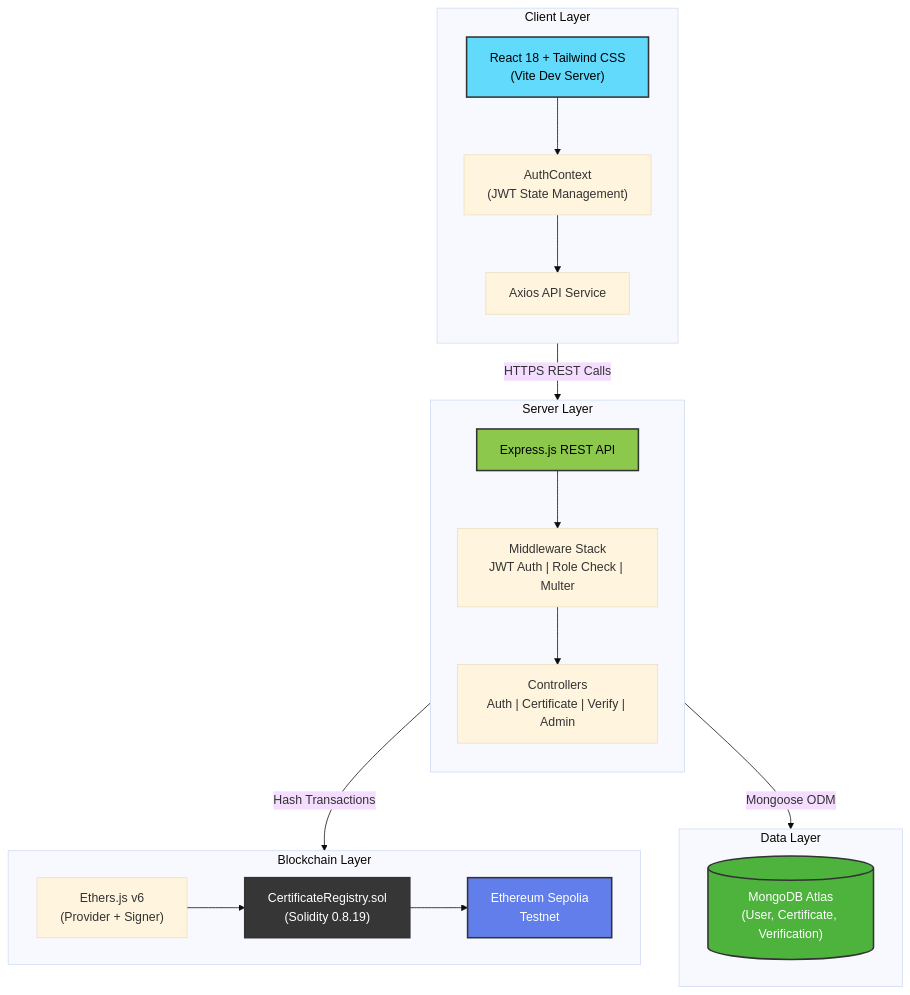
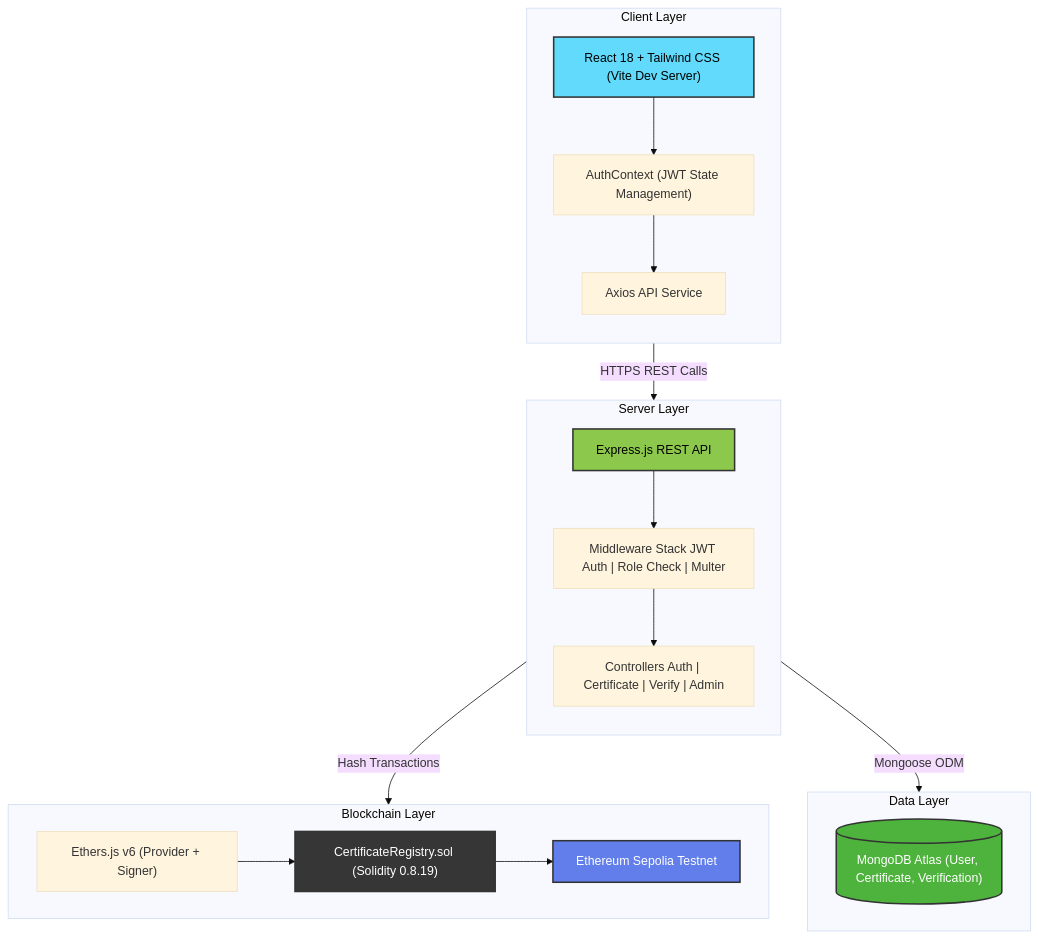
One commit to kaustav3071/Blockchain-Based-Secure-Certificate changed the first of 2 diagrams in README.md. Above: the diagram before and after it, drawn with Mermaid (base theme). The commit also changed other lines of this file, not shown here.

````diff
--- a/README.md
+++ b/README.md
@@ -71,41 +83,41 @@
 ```mermaid
 graph TB
     subgraph Client ["Client Layer"]
         direction TB
-        UI["React 18 + Tailwind CSS<br/>(Vite Dev Server)"]
-        CTX["AuthContext<br/>(JWT State Management)"]
+        UI["React 18 + Tailwind CSS (Vite Dev Server)"]
+        CTX["AuthContext (JWT State Management)"]
         API_SVC["Axios API Service"]
         UI --> CTX --> API_SVC
     end
-
+    
     subgraph Server ["Server Layer"]
         direction TB
         EXPRESS["Express.js REST API"]
-        MW["Middleware Stack<br/>JWT Auth | Role Check | Multer"]
-        CTRL["Controllers<br/>Auth | Certificate | Verify | Admin"]
+        MW["Middleware Stack JWT Auth | Role Check | Multer"]
+        CTRL["Controllers Auth | Certificate | Verify | Admin"]
         EXPRESS --> MW --> CTRL
     end
-
+    
     subgraph Data ["Data Layer"]
         direction LR
-        MONGO[("MongoDB Atlas<br/>(User, Certificate, Verification)")]
+        MONGO[("MongoDB Atlas (User, Certificate, Verification)")]
     end
-
+    
     subgraph Blockchain ["Blockchain Layer"]
         direction LR
-        ETHERS["Ethers.js v6<br/>(Provider + Signer)"]
-        CONTRACT["CertificateRegistry.sol<br/>(Solidity 0.8.19)"]
-        SEPOLIA["Ethereum Sepolia<br/>Testnet"]
+        ETHERS["Ethers.js v6 (Provider + Signer)"]
+        CONTRACT["CertificateRegistry.sol (Solidity 0.8.19)"]
+        SEPOLIA["Ethereum Sepolia Testnet"]
         ETHERS --> CONTRACT --> SEPOLIA
     end
-
+    
     API_SVC -- "HTTPS REST Calls" --> EXPRESS
     CTRL -- "Mongoose ODM" --> MONGO
     CTRL -- "Hash Transactions" --> ETHERS
-
+    
     style UI fill:#61DAFB,stroke:#333,stroke-width:2px,color:#000
     style EXPRESS fill:#8CC84B,stroke:#333,stroke-width:2px,color:#000
     style MONGO fill:#4DB33D,stroke:#333,stroke-width:2px,color:#fff
     style CONTRACT fill:#363636,stroke:#333,stroke-width:2px,color:#fff
     style SEPOLIA fill:#627EEA,stroke:#333,stroke-width:2px,color:#fff
 ```
````
